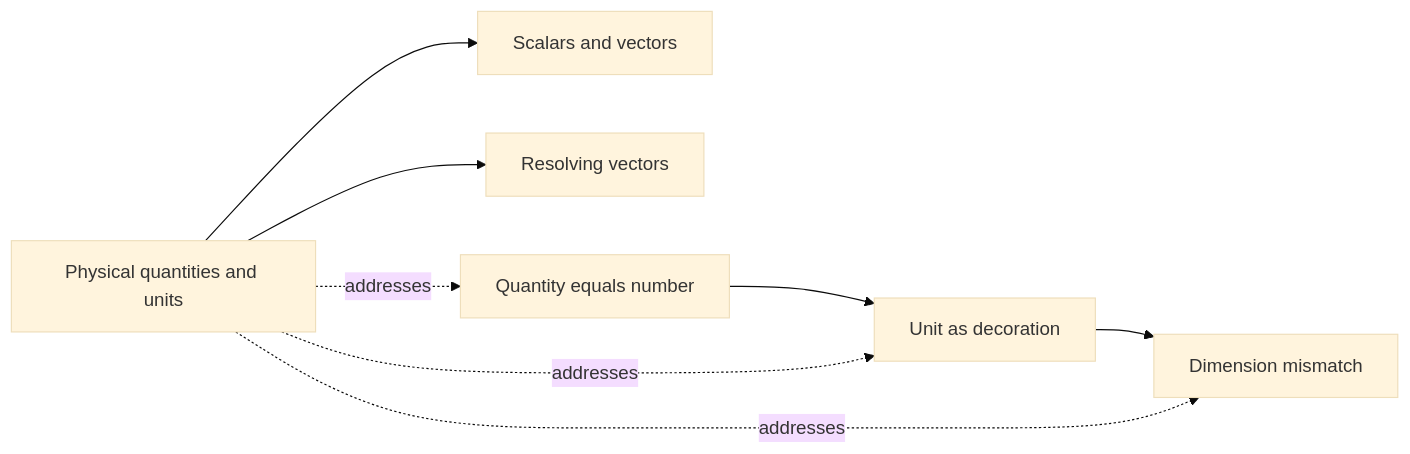
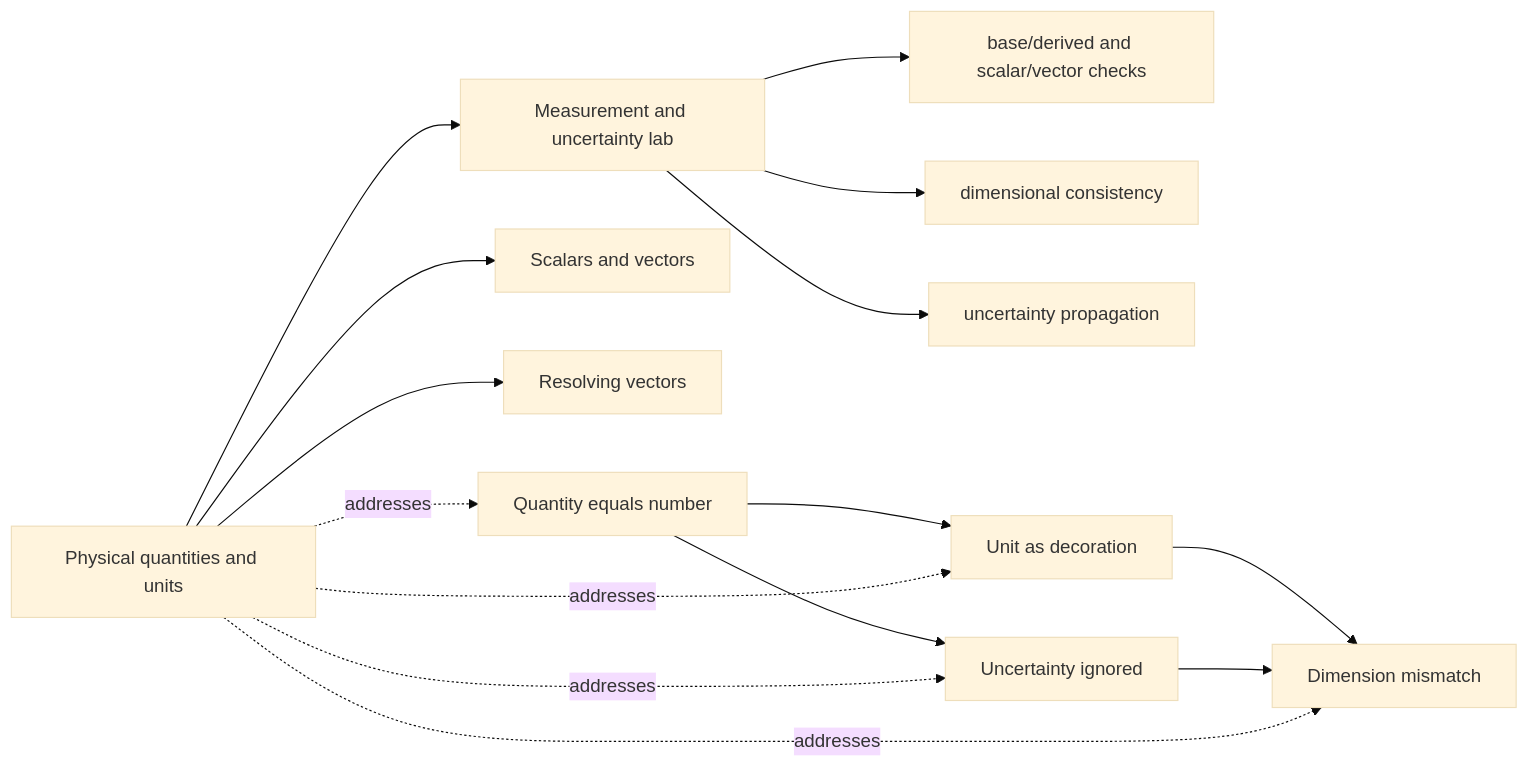
The diagram in a-level/content/physics/containers/physical-quantities-and-units/concept-map/graph.mmd (anieyrudh/Paideia), drawn with Mermaid (base theme) before and after one commit. The commit also changed 28 other files, not shown here.

Commit message:
feat(a-level): productize physical quantities container

```diff
--- a/a-level/content/physics/containers/physical-quantities-and-units/concept-map/graph.mmd
+++ b/a-level/content/physics/containers/physical-quantities-and-units/concept-map/graph.mmd
@@ -1,8 +1,15 @@
 flowchart LR
-  current["Physical quantities and units"] --> scalars["Scalars and vectors"]
+  current["Physical quantities and units"] --> lab["Measurement and uncertainty lab"]
+  current --> scalars["Scalars and vectors"]
   current --> resolving["Resolving vectors"]
+  lab --> classify["base/derived and scalar/vector checks"]
+  lab --> dimensions["dimensional consistency"]
+  lab --> uncertainty["uncertainty propagation"]
   number["Quantity equals number"] --> decoration["Unit as decoration"]
+  number --> ignored["Uncertainty ignored"]
   decoration --> mismatch["Dimension mismatch"]
+  ignored --> mismatch
   current -. addresses .-> number
   current -. addresses .-> decoration
+  current -. addresses .-> ignored
   current -. addresses .-> mismatch
```
